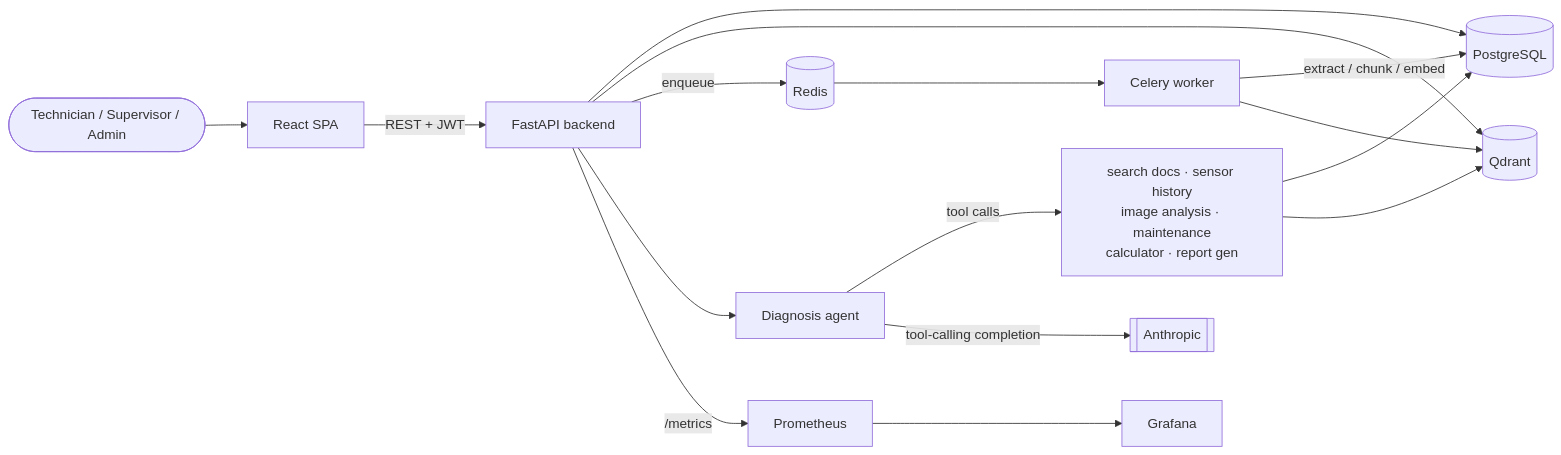
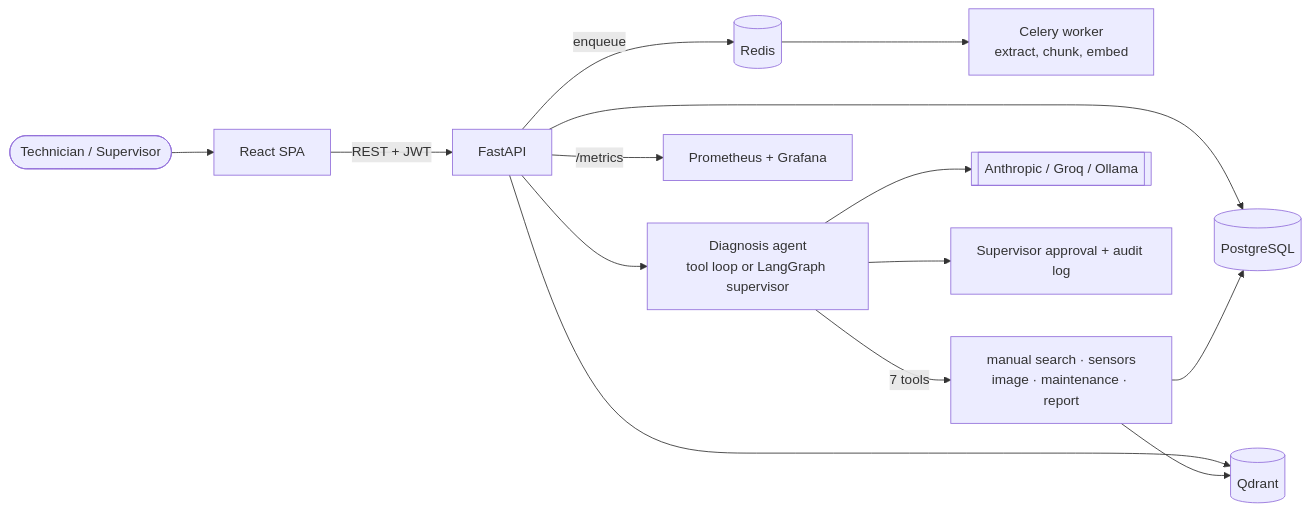
One commit to nithya-prakash/IndustrialAICopilot changed the diagram in README.md. Above: the diagram before and after it, drawn with Mermaid. The commit also changed other lines of this file and 1 other file, not shown here.

````diff
--- a/README.md
+++ b/README.md
@@ -74,21 +34,14 @@
 ```mermaid
 flowchart LR
-    User(["Technician / Supervisor / Admin"]) --> FE["React SPA"]
-    FE -- "REST + JWT" --> API["FastAPI backend"]
-
+    User(["Technician / Supervisor"]) --> FE["React SPA"]
+    FE -- "REST + JWT" --> API["FastAPI"]
     API --> PG[("PostgreSQL")]
     API --> QD[("Qdrant")]
-    API -- enqueue --> RD[("Redis")]
-    RD --> WK["Celery worker"]
-    WK -- "extract / chunk / embed" --> PG
-    WK --> QD
-
-    API --> AG["Diagnosis agent"]
-    AG -- "tool calls" --> TL["search docs · sensor history<br/>image analysis · maintenance<br/>calculator · report gen"]
-    TL --> PG
-    TL --> QD
-    AG -- "tool-calling completion" --> LLM[["Anthropic"]]
-
-    API -- "/metrics" --> PR["Prometheus"]
-    PR --> GF["Grafana"]
+    API -- enqueue --> RD[("Redis")] --> WK["Celery worker<br/>extract, chunk, embed"]
+    API --> AG["Diagnosis agent<br/>tool loop or LangGraph supervisor"]
+    AG -- "7 tools" --> TL["manual search · sensors<br/>image · maintenance · report"]
+    TL --> PG & QD
+    AG --> LLM[["Anthropic / Groq / Ollama"]]
+    AG --> AP["Supervisor approval + audit log"]
+    API -- "/metrics" --> PR["Prometheus + Grafana"]
 ```
````
